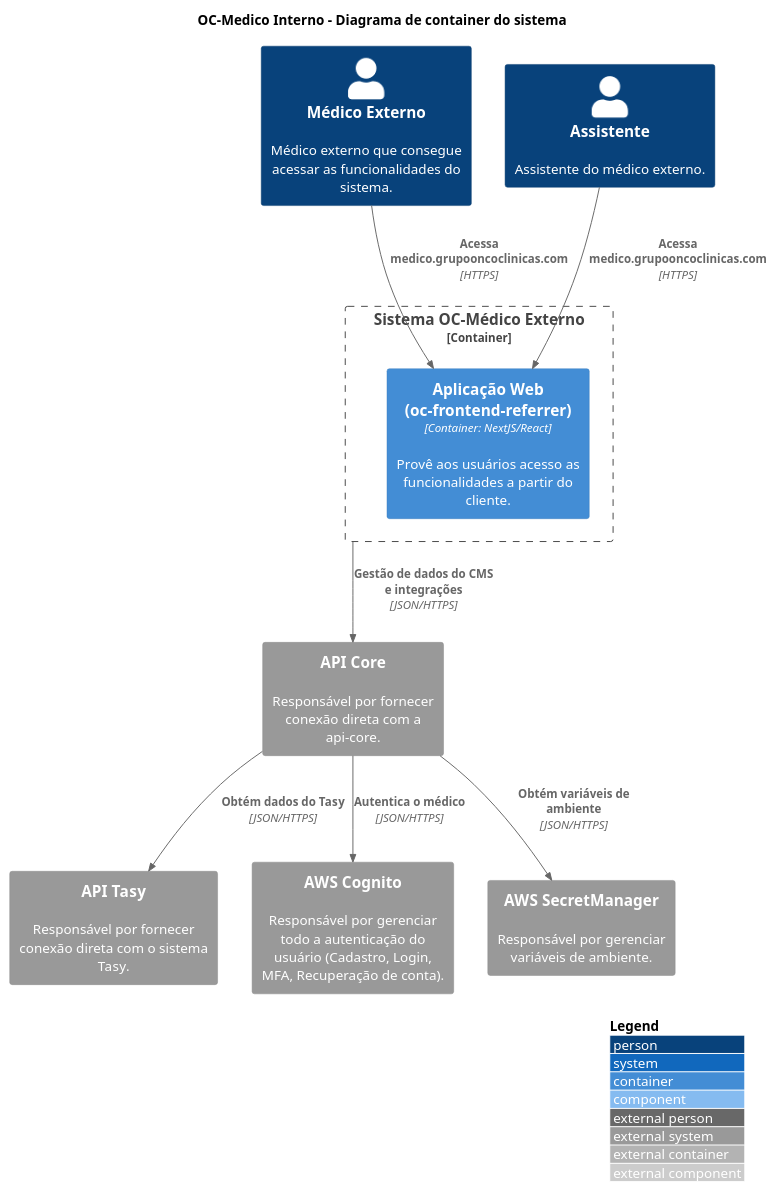
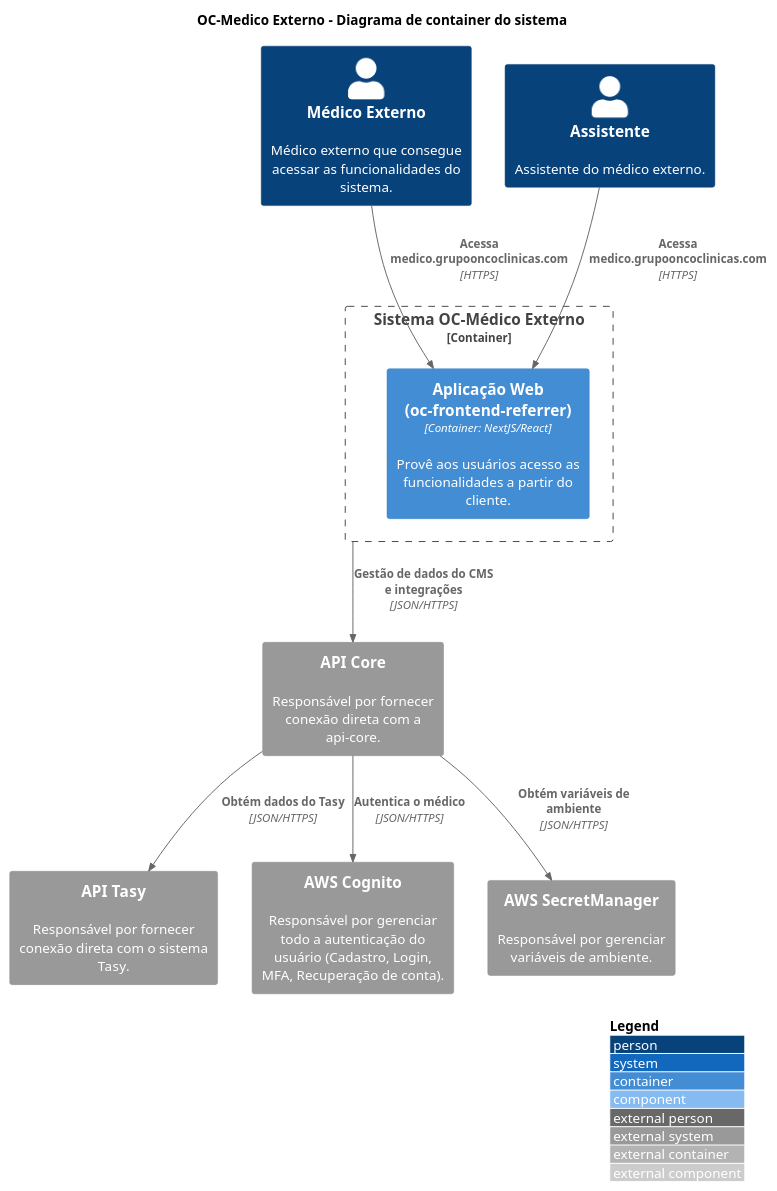
Before and after one commit to luizggbasedigital/poc-oc-docs: the diagram in src/OC-Medico Externo/C1. Visão Geral/C2. Sistema/containers.puml, drawn with PlantUML. The commit also changed 3 other files, not shown here.

Commit message:
fix: diagrams titles

```diff
--- a/src/OC-Medico Externo/C1. Visão Geral/C2. Sistema/containers.puml
+++ b/src/OC-Medico Externo/C1. Visão Geral/C2. Sistema/containers.puml
@@ -1,40 +1,40 @@
 @startuml "Container Diagram"
 
-title "OC-Medico Interno - Diagrama de container do sistema"
+title "OC-Medico Externo - Diagrama de container do sistema"
 
 !include https://raw.githubusercontent.com/adrianvlupu/C4-PlantUML/latest/C4_Component.puml
 
 LAYOUT_WITH_LEGEND()
 
 skinparam backgroundcolor transparent
 
 /'Actors'/
 Person(ActorReferrerPhysician, "Médico Externo", "Médico externo que consegue acessar as funcionalidades do sistema.")
 Person(ActorReferrerAssistant, "Assistente", "Assistente do médico externo.")
 
 /'Internal Systems'/
 Container_Boundary(SystemOCExternaPhysician, "Sistema OC-Médico Externo") {
   Container(ContainerWebApp, "Aplicação Web (oc-frontend-referrer)", "Container: NextJS/React", "Provê aos usuários acesso as funcionalidades a partir do cliente.")
 
   Rel(ActorReferrerPhysician, ContainerWebApp, "Acessa medico.grupooncoclinicas.com", "HTTPS")
   Rel(ActorReferrerAssistant, ContainerWebApp, "Acessa medico.grupooncoclinicas.com", "HTTPS")
 }
 
 /'External Systems'/
 System_Ext(SystemTasyApi, "API Tasy", "Responsável por fornecer conexão direta com o sistema Tasy.")
 
 /'API-Core Systems'/
 System_Ext(SystemApiCore, "API Core", "Responsável por fornecer conexão direta com a api-core.")
 
 /'AWS Systems'/
 System_Ext(SystemAWSCognito, "AWS Cognito", "Responsável por gerenciar todo a autenticação do usuário (Cadastro, Login, MFA, Recuperação de conta).")
 System_Ext(SystemAWSSecretManager, "AWS SecretManager", "Responsável por gerenciar variáveis de ambiente.")
 
 
 /'API-Core Integrations'/
 Rel(SystemOCExternaPhysician, SystemApiCore, "Gestão de dados do CMS e integrações", "JSON/HTTPS")
 Rel(SystemApiCore, SystemTasyApi, "Obtém dados do Tasy", "JSON/HTTPS")
 Rel(SystemApiCore, SystemAWSCognito, "Autentica o médico", "JSON/HTTPS")
 Rel(SystemApiCore, SystemAWSSecretManager, "Obtém variáveis de ambiente", "JSON/HTTPS")
 
 @enduml
```
